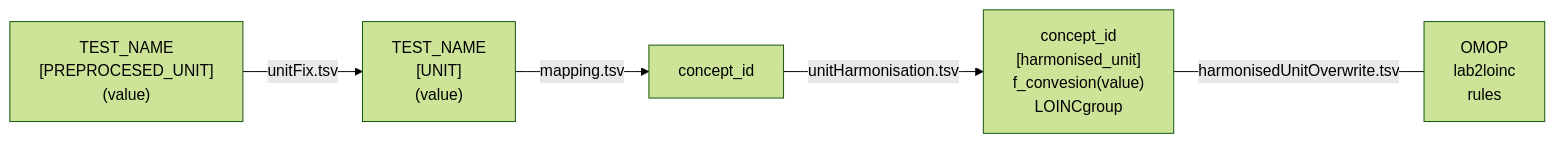
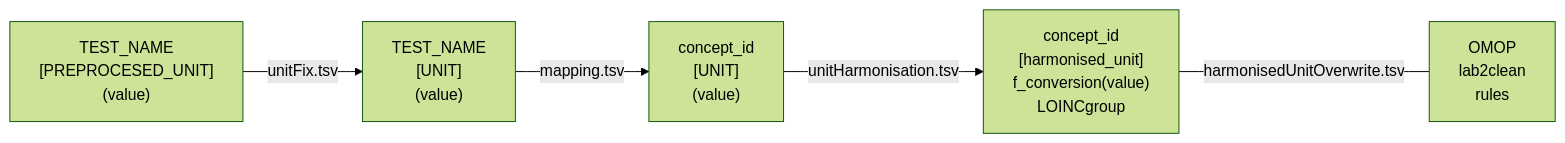
Before and after one commit to FINNGEN/kanta_lab_harmonisation_public: the second of 2 diagrams in README.md, drawn with Mermaid (forest theme). The commit also changed other lines of this file, not shown here.

Commit message:
README: Align the errors with the dashboard and the moved overwrite table

````diff
--- a/README.md
+++ b/README.md
@@ -21,7 +26,7 @@
 ```mermaid
 flowchart LR
     S["TEST_NAME<br>[PREPROCESED_UNIT]<br>(value)"] -- unitFix.tsv --> F["TEST_NAME<br>[UNIT]<br>(value)"]
-    F -- mapping.tsv --> C["concept_id"]
-    C -- unitHarmonisation.tsv --> D["concept_id<br>[harmonised_unit]<br>f_convesion(value)<br>LOINCgroup"]
-    D --harmonisedUnitOverwrite.tsv--- E[OMOP<br>lab2loinc<br>rules]
+    F -- mapping.tsv --> C["concept_id<br>[UNIT]<br>(value)"]
+    C -- unitHarmonisation.tsv --> D["concept_id<br>[harmonised_unit]<br>f_conversion(value)<br>LOINCgroup"]
+    D --harmonisedUnitOverwrite.tsv--- E[OMOP<br>lab2clean<br>rules]
 ```
````
